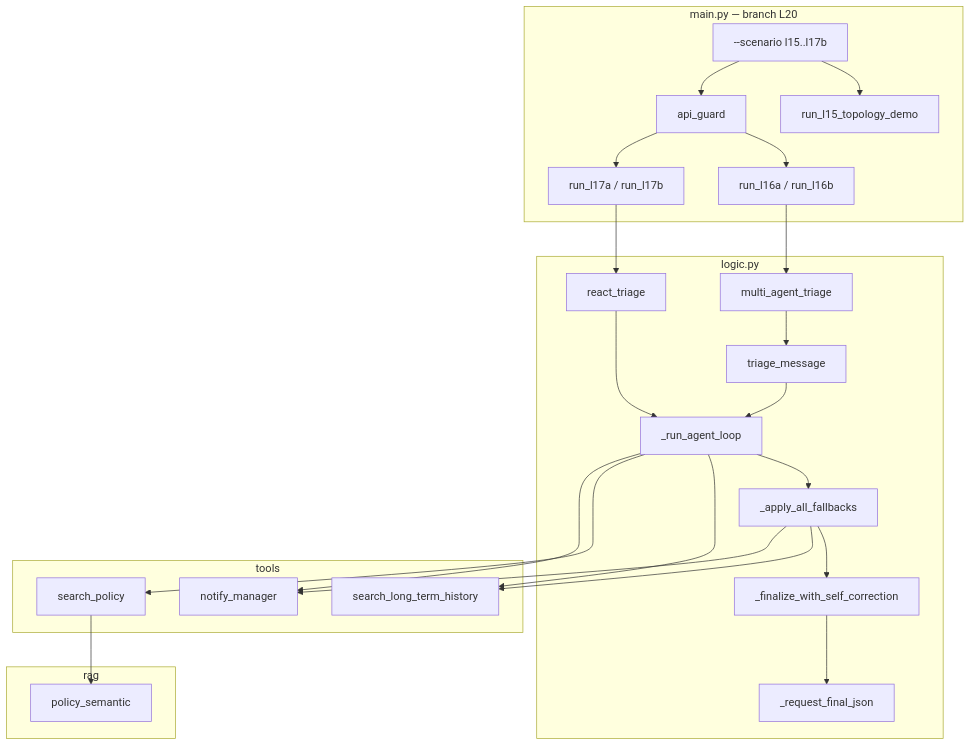
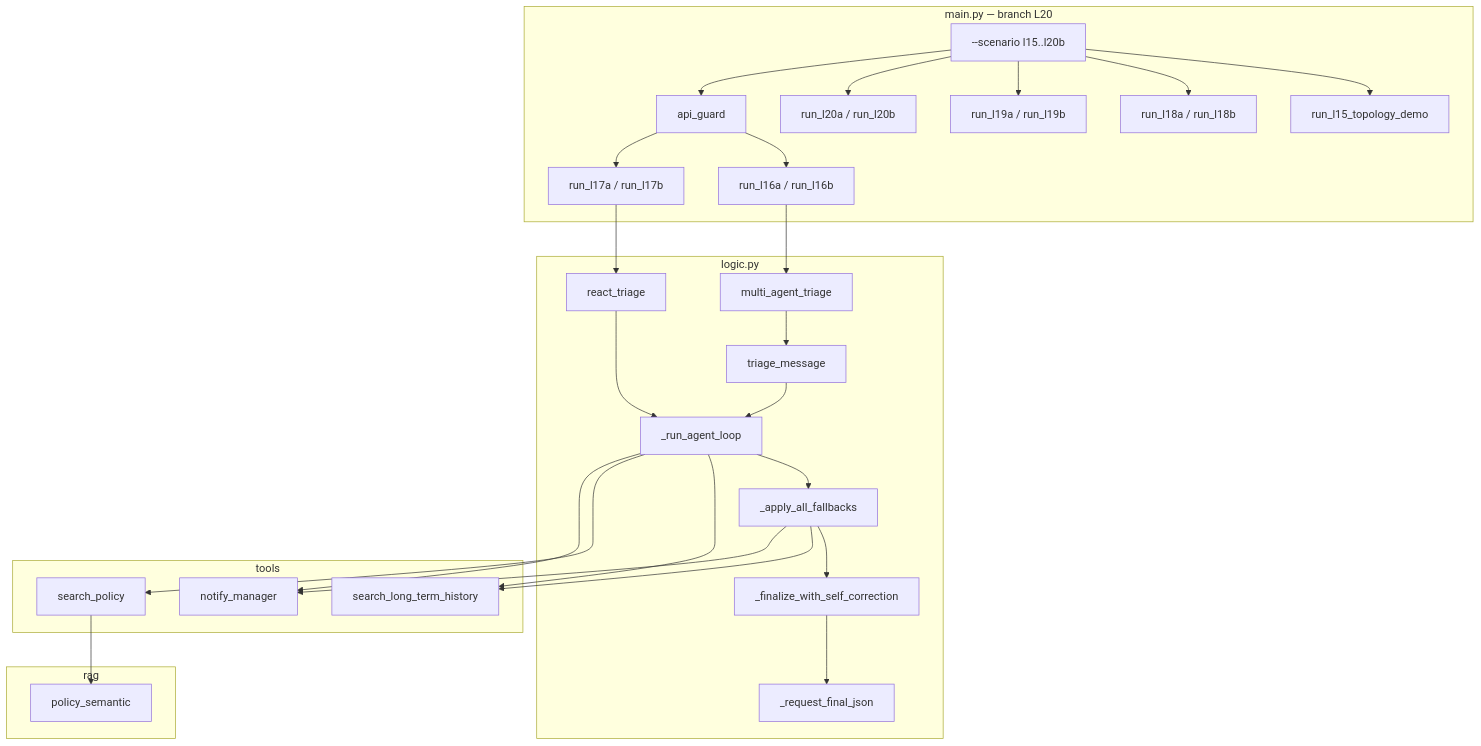
Before and after one commit to Impesud/agentic-triage-system: the first of 4 diagrams in README.md, drawn with Mermaid. The commit also changed other lines of this file and 11 other files, not shown here.

````diff
--- a/README.md
+++ b/README.md
@@ -71,43 +71,49 @@
 ```mermaid
 flowchart TB
     subgraph main_py [main.py — branch L20]
-        CLI["--scenario l15..l17b"]
+        CLI["--scenario l15..l20b"]
         L15[run_l15_topology_demo]
         L16[run_l16a / run_l16b]
         L17[run_l17a / run_l17b]
+        L18[run_l18a / run_l18b]
+        L19[run_l19a / run_l19b]
+        L20[run_l20a / run_l20b]
         AG[api_guard]
         CLI --> L15
+        CLI --> L18
+        CLI --> L19
+        CLI --> L20
         CLI --> AG
         AG --> L16
         AG --> L17
     end
     subgraph logic_py [logic.py]
         TM[triage_message]
         RT[react_triage]
         MA[multi_agent_triage]
         Loop[_run_agent_loop]
         FB[_apply_all_fallbacks]
         TM --> Loop
         RT --> Loop
         Loop --> FB
         FB --> SC[_finalize_with_self_correction]
         SC --> JSON[_request_final_json]
     end
     subgraph tools_pkg [tools]
         LTM[search_long_term_history]
         SP[search_policy]
         NM[notify_manager]
     end
     subgraph rag_pkg [rag]
         RAG[policy_semantic]
     end
     SP --> RAG
     L16 --> MA
     L17 --> RT
     MA --> TM
     Loop --> LTM
     Loop --> SP
     Loop --> NM
     FB --> LTM
     FB --> NM
 ```
````
